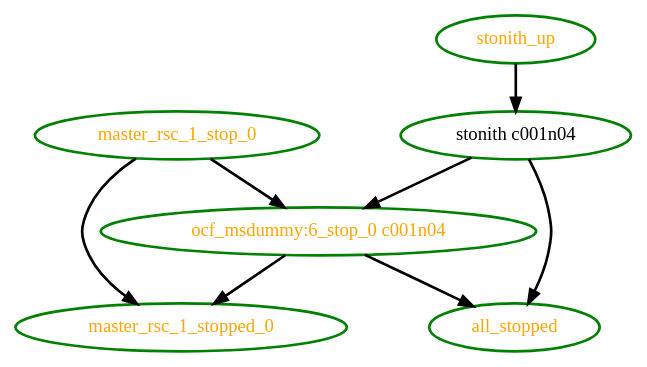
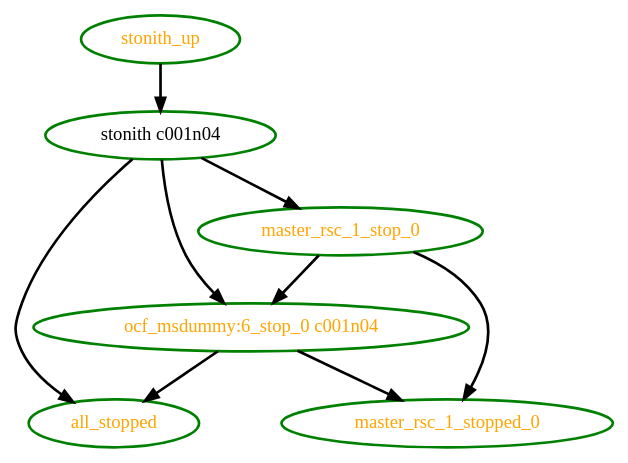
One commit to linux-ha-japan/pm_diskd changed the diagram in pengine/test10/rec-node-13.dot. Above: the diagram before and after it, drawn with Graphviz. The commit also changed 14 other files, not shown here.

```diff
--- a/pengine/test10/rec-node-13.dot
+++ b/pengine/test10/rec-node-13.dot
@@ -1,15 +1,16 @@
  digraph "g" {
 "all_stopped" [ style=bold color="green" fontcolor="orange"  ]
 "master_rsc_1_stop_0" -> "master_rsc_1_stopped_0" [ style = bold]
 "master_rsc_1_stop_0" -> "ocf_msdummy:6_stop_0 c001n04" [ style = bold]
 "master_rsc_1_stop_0" [ style=bold color="green" fontcolor="orange" ]
 "master_rsc_1_stopped_0" [ style=bold color="green" fontcolor="orange" ]
 "ocf_msdummy:6_stop_0 c001n04" -> "all_stopped" [ style = bold]
 "ocf_msdummy:6_stop_0 c001n04" -> "master_rsc_1_stopped_0" [ style = bold]
 "ocf_msdummy:6_stop_0 c001n04" [ style=bold color="green" fontcolor="orange" ]
 "stonith c001n04" -> "all_stopped" [ style = bold]
+"stonith c001n04" -> "master_rsc_1_stop_0" [ style = bold]
 "stonith c001n04" -> "ocf_msdummy:6_stop_0 c001n04" [ style = bold]
 "stonith c001n04" [ style=bold color="green" fontcolor="black" ]
 "stonith_up" -> "stonith c001n04" [ style = bold]
 "stonith_up" [ style=bold color="green" fontcolor="orange"  ]
 }
```
